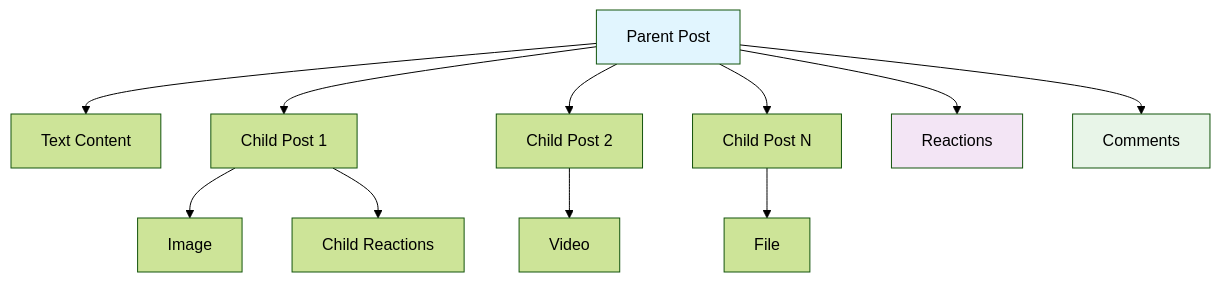
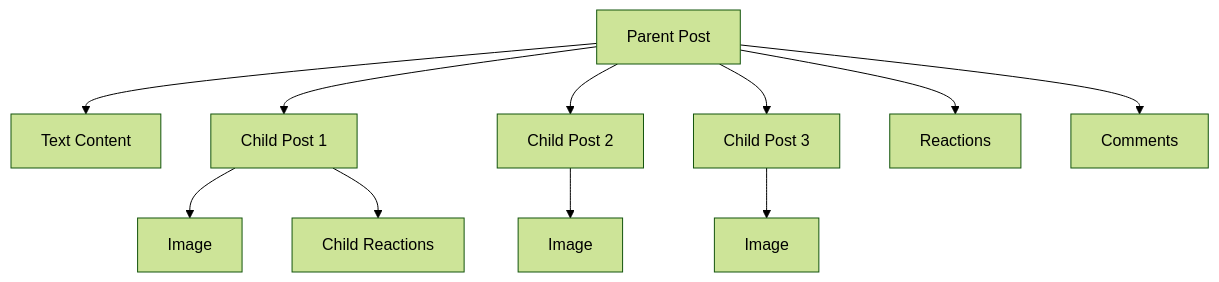
Before and after one commit to AmityCo/social-plus-docs: the diagram in social-plus-sdk/social/content-management/posts/overview.mdx, drawn with Mermaid (forest theme). The commit also changed other lines of this file and 4 other files, not shown here.

````diff
--- a/social-plus-sdk/social/content-management/posts/overview.mdx
+++ b/social-plus-sdk/social/content-management/posts/overview.mdx
@@ -37,19 +44,13 @@
 ```mermaid
 graph TD
     A[Parent Post] --> B[Text Content]
     A --> C[Child Post 1]
     A --> D[Child Post 2]
-    A --> E[Child Post N]
-    
+    A --> E[Child Post 3]
     C --> F[Image]
-    D --> G[Video]
-    E --> H[File]
-    
+    D --> G[Image]
+    E --> H[Image]
     A --> I[Reactions]
     A --> J[Comments]
     C --> K[Child Reactions]
-    
-    style A fill:#e1f5fe
-    style I fill:#f3e5f5
-    style J fill:#e8f5e8
 ```
````
